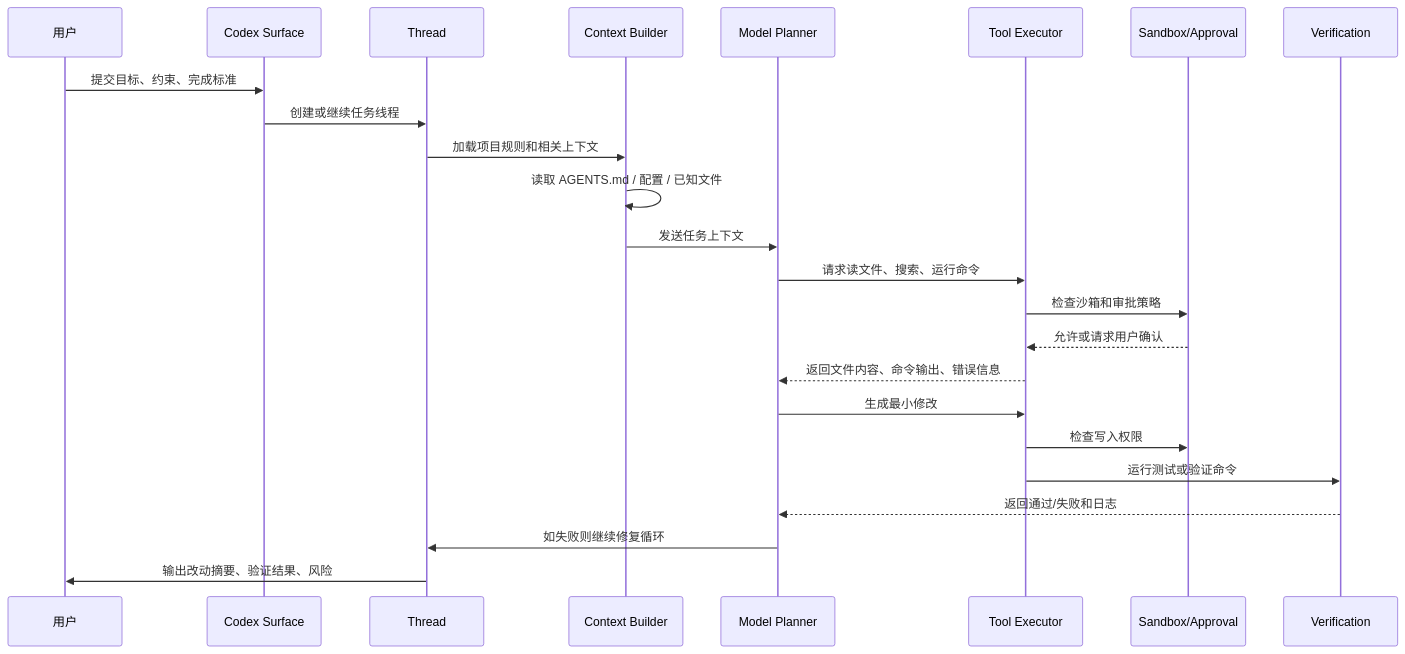
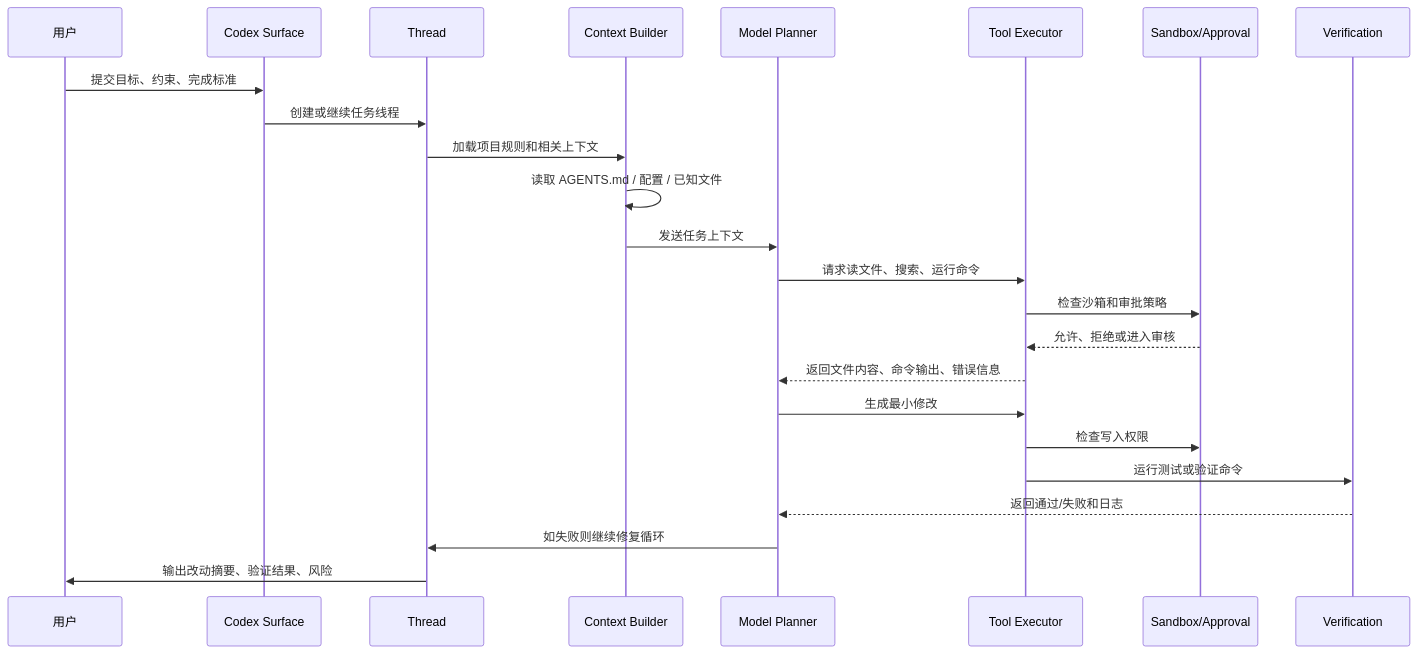
The first of 2 diagrams in 10-AI应用开发/09-标杆产品拆解/Codex/02-Codex一次任务执行全链路.md (GuoWWWX/knowledge-base), drawn with Mermaid before and after one commit. The commit also changed other lines of this file and 368 other files, not shown here.

````diff
--- a/10-AI应用开发/09-标杆产品拆解/Codex/02-Codex一次任务执行全链路.md
+++ b/10-AI应用开发/09-标杆产品拆解/Codex/02-Codex一次任务执行全链路.md
@@ -27,27 +26,27 @@
 ```mermaid
 sequenceDiagram
     participant U as 用户
     participant S as Codex Surface
     participant T as Thread
     participant C as Context Builder
     participant M as Model Planner
     participant X as Tool Executor
     participant P as Sandbox/Approval
     participant V as Verification
 
     U->>S: 提交目标、约束、完成标准
     S->>T: 创建或继续任务线程
     T->>C: 加载项目规则和相关上下文
     C->>C: 读取 AGENTS.md / 配置 / 已知文件
     C->>M: 发送任务上下文
     M->>X: 请求读文件、搜索、运行命令
     X->>P: 检查沙箱和审批策略
-    P-->>X: 允许或请求用户确认
+    P-->>X: 允许、拒绝或进入审核
     X-->>M: 返回文件内容、命令输出、错误信息
     M->>X: 生成最小修改
     X->>P: 检查写入权限
     X->>V: 运行测试或验证命令
     V-->>M: 返回通过/失败和日志
     M->>T: 如失败则继续修复循环
     T->>U: 输出改动摘要、验证结果、风险
 ```
````
